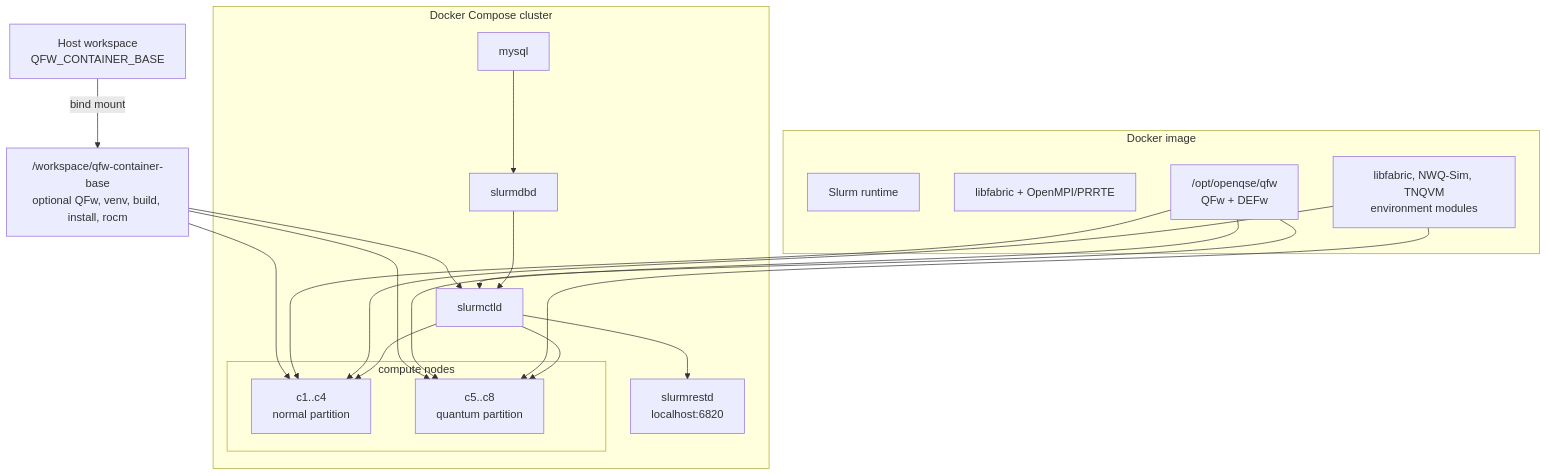
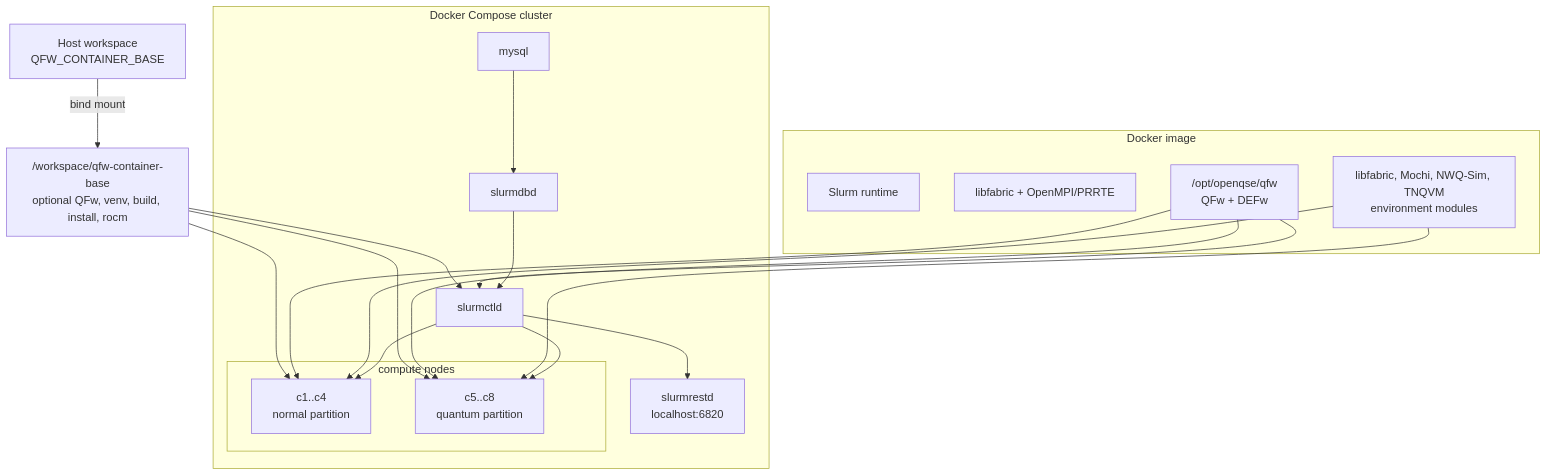
Before and after one commit to denialhaag/QFw-SLURM-Cluster: the first of 2 diagrams in README.md, drawn with Mermaid. The commit also changed other lines of this file and 2 other files, not shown here.

First line of the commit message:
QFw: add the Mochi RPC stack to the image

````diff
--- a/README.md
+++ b/README.md
@@ -304,36 +312,36 @@
 ```mermaid
 flowchart TB
     host["Host workspace\nQFW_CONTAINER_BASE"] -->|bind mount| mount["/workspace/qfw-container-base\noptional QFw, venv, build, install, rocm"]
 
     subgraph img["Docker image"]
         slurm["Slurm runtime"]
         mpi["libfabric + OpenMPI/PRRTE"]
         image_qfw["/opt/openqse/qfw\nQFw + DEFw"]
-        modules["libfabric, NWQ-Sim, TNQVM\nenvironment modules"]
+        modules["libfabric, Mochi, NWQ-Sim, TNQVM\nenvironment modules"]
     end
 
     subgraph cluster["Docker Compose cluster"]
         mysql["mysql"]
         dbd["slurmdbd"]
         ctl["slurmctld"]
         rest["slurmrestd\nlocalhost:6820"]
         subgraph nodes["compute nodes"]
             c1["c1..c4\nnormal partition"]
             c5["c5..c8\nquantum partition"]
         end
     end
 
     mount --> ctl
     mount --> c1
     mount --> c5
     image_qfw --> ctl
     image_qfw --> c1
     image_qfw --> c5
     modules --> c1
     modules --> c5
     mysql --> dbd
     dbd --> ctl
     ctl --> c1
     ctl --> c5
     ctl --> rest
 ```
````
